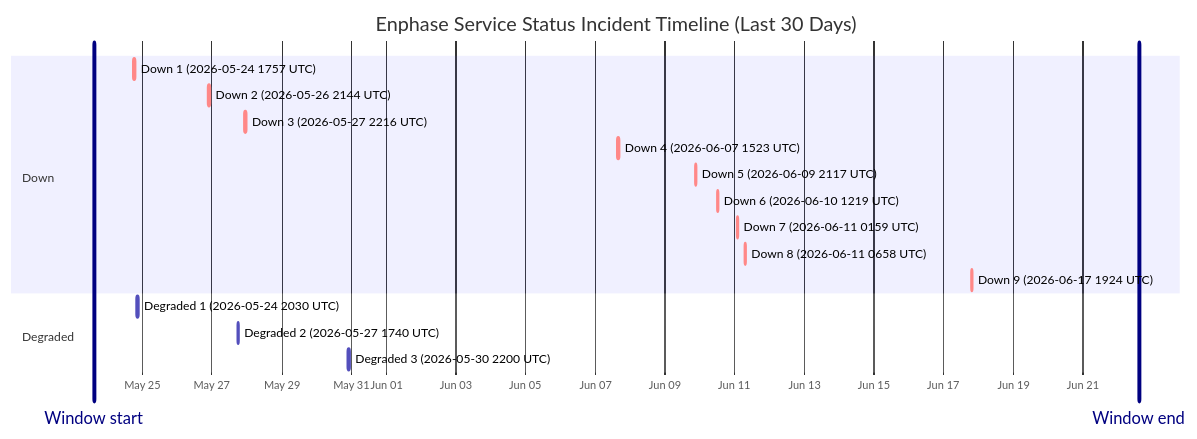
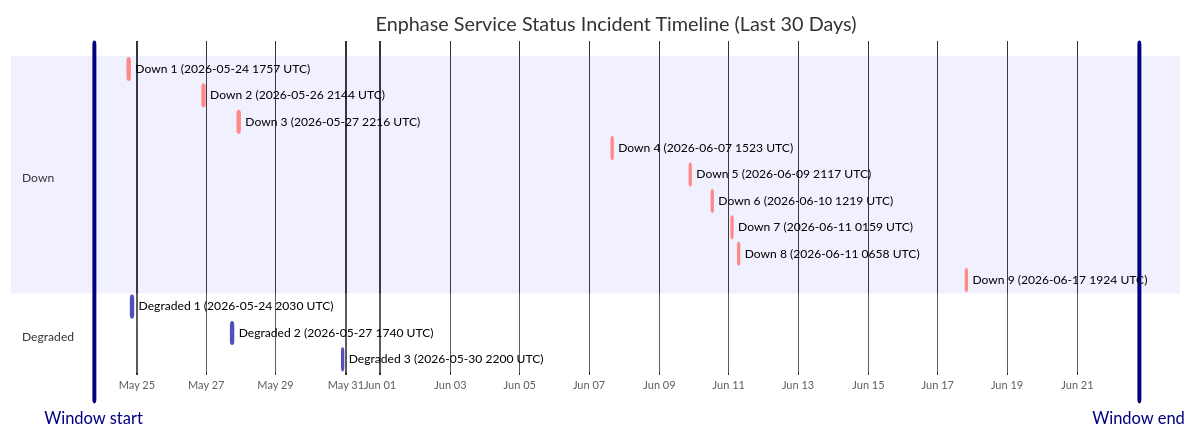
One commit to barneyonline/ha-enphase-energy changed the diagram in wiki/Service-Status-History.md. Above: the diagram before and after it, drawn with Mermaid. The commit also changed other lines of this file and 3 other files, not shown here.

````diff
--- a/wiki/Service-Status-History.md
+++ b/wiki/Service-Status-History.md
@@ -14,22 +14,22 @@
 ```mermaid
 gantt
     title Enphase Service Status Incident Timeline (Last 30 Days)
     dateFormat  YYYY-MM-DDTHH:mm:ss
     axisFormat  %b %d
-    Window start :vert, window-start, 2026-05-23T14:38:19, 0ms
-    Window end :vert, window-end, 2026-06-22T14:38:19, 0ms
+    Window start :vert, window-start, 2026-05-23T18:45:10, 0ms
+    Window end :vert, window-end, 2026-06-22T18:45:10, 0ms
     section Down
     Down 1 (2026-05-24 1757 UTC) :crit, down-1, 2026-05-24T17:57:41, 86m
     Down 2 (2026-05-26 2144 UTC) :crit, down-2, 2026-05-26T21:44:11, 85m
     Down 3 (2026-05-27 2216 UTC) :crit, down-3, 2026-05-27T22:16:53, 87m
     Down 4 (2026-06-07 1523 UTC) :crit, down-4, 2026-06-07T15:23:22, 87m
     Down 5 (2026-06-09 2117 UTC) :crit, down-5, 2026-06-09T21:17:17, 60m
     Down 6 (2026-06-10 1219 UTC) :crit, down-6, 2026-06-10T12:19:21, 60m
     Down 7 (2026-06-11 0159 UTC) :crit, down-7, 2026-06-11T01:59:36, 60m
     Down 8 (2026-06-11 0658 UTC) :crit, down-8, 2026-06-11T06:58:45, 60m
     Down 9 (2026-06-17 1924 UTC) :crit, down-9, 2026-06-17T19:24:51, 60m
     section Degraded
     Degraded 1 (2026-05-24 2030 UTC) :active, degraded-1, 2026-05-24T20:30:57, 84m
     Degraded 2 (2026-05-27 1740 UTC) :active, degraded-2, 2026-05-27T17:40:52, 60m
     Degraded 3 (2026-05-30 2200 UTC) :active, degraded-3, 2026-05-30T22:00:37, 60m
 ```
````
